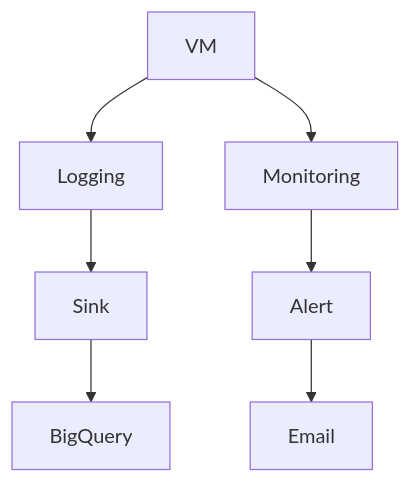
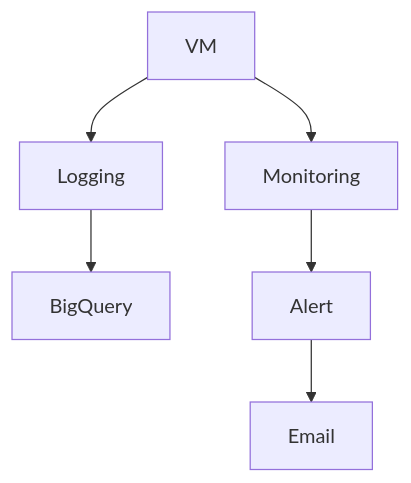
Before and after one commit to conti0513/development_public: the tenth of 12 diagrams in 06_LAB/01_GCP_ACE_HACK/sessions_ver262/06_database.md, drawn with Mermaid. The commit also changed other lines of this file and 22 other files, not shown here.

````diff
--- a/06_LAB/01_GCP_ACE_HACK/sessions_ver262/06_database.md
+++ b/06_LAB/01_GCP_ACE_HACK/sessions_ver262/06_database.md
@@ -244,10 +459,9 @@
 ```mermaid
 graph TD
 VM --> Logging
-Logging --> Sink
-Sink --> BigQuery
+Logging --> BigQuery
 
 VM --> Monitoring
 Monitoring --> Alert
 Alert --> Email
 ```
````
